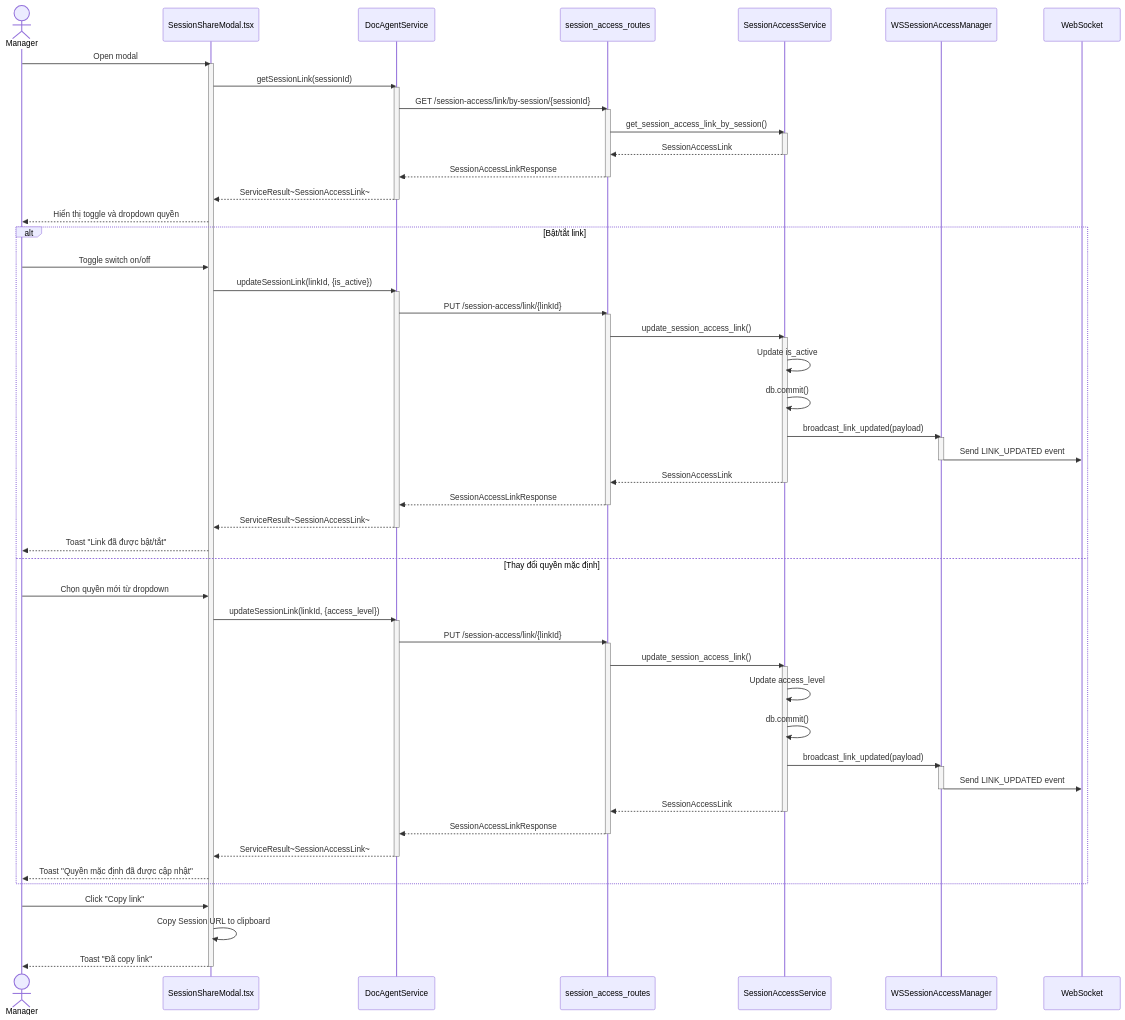
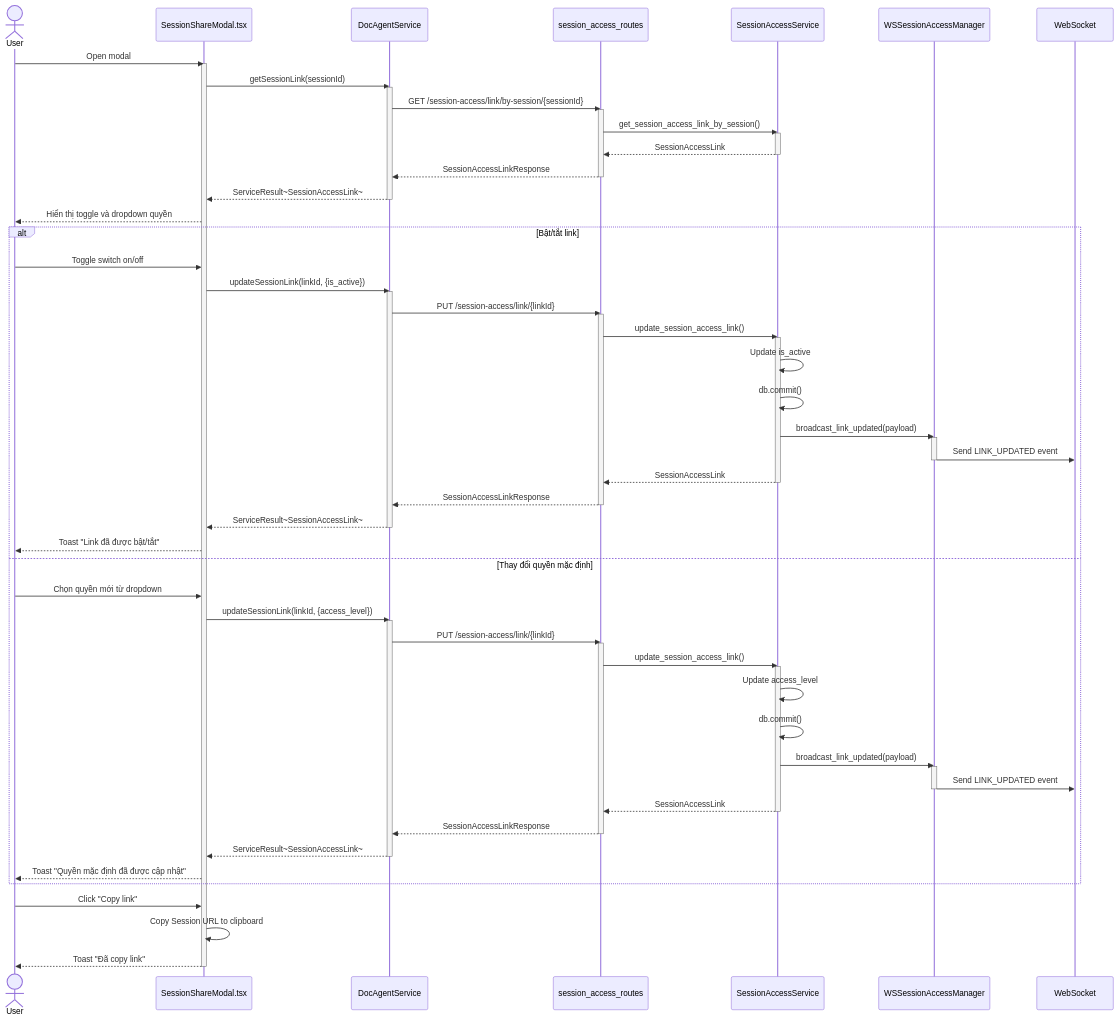
One commit to mduc-2610/gp_doc changed the eighth of 9 diagrams in session_access/4_session_access_seq.md. Above: the diagram before and after it, drawn with Mermaid. The commit also changed other lines of this file and 10 other files, not shown here.

````diff
--- a/session_access/4_session_access_seq.md
+++ b/session_access/4_session_access_seq.md
@@ -460,6 +480,6 @@
 ```mermaid
 sequenceDiagram
-    actor Manager
+    actor User1 as User
     participant ShareModal as SessionShareModal.tsx
     participant DocAgentService as DocAgentService
     participant SessionAccessRoutes as session_access_routes
@@ -467,7 +487,7 @@
     participant WSManager as WSSessionAccessManager
     participant WebSocket as WebSocket
 
-    Manager->>ShareModal: Open modal
+    User1->>ShareModal: Open modal
     activate ShareModal
     
     ShareModal->>DocAgentService: getSessionLink(sessionId)
@@ -483,10 +503,10 @@
     DocAgentService-->>ShareModal: ServiceResult~SessionAccessLink~
     deactivate DocAgentService
     
-    ShareModal-->>Manager: Hiển thị toggle và dropdown quyền
+    ShareModal-->>User1: Hiển thị toggle và dropdown quyền
     
     alt Bật/tắt link
-        Manager->>ShareModal: Toggle switch on/off
+        User1->>ShareModal: Toggle switch on/off
         ShareModal->>DocAgentService: updateSessionLink(linkId, {is_active})
         activate DocAgentService
         DocAgentService->>SessionAccessRoutes: PUT /session-access/link/{linkId}
@@ -509,9 +529,9 @@
         DocAgentService-->>ShareModal: ServiceResult~SessionAccessLink~
         deactivate DocAgentService
         
-        ShareModal-->>Manager: Toast "Link đã được bật/tắt"
+        ShareModal-->>User1: Toast "Link đã được bật/tắt"
     else Thay đổi quyền mặc định
-        Manager->>ShareModal: Chọn quyền mới từ dropdown
+        User1->>ShareModal: Chọn quyền mới từ dropdown
         ShareModal->>DocAgentService: updateSessionLink(linkId, {access_level})
         activate DocAgentService
         DocAgentService->>SessionAccessRoutes: PUT /session-access/link/{linkId}
@@ -534,11 +554,11 @@
         DocAgentService-->>ShareModal: ServiceResult~SessionAccessLink~
         deactivate DocAgentService
         
-        ShareModal-->>Manager: Toast "Quyền mặc định đã được cập nhật"
+        ShareModal-->>User1: Toast "Quyền mặc định đã được cập nhật"
     end
     
-    Manager->>ShareModal: Click "Copy link"
+    User1->>ShareModal: Click "Copy link"
     ShareModal->>ShareModal: Copy Session URL to clipboard
-    ShareModal-->>Manager: Toast "Đã copy link"
+    ShareModal-->>User1: Toast "Đã copy link"
     deactivate ShareModal
 ```
````
